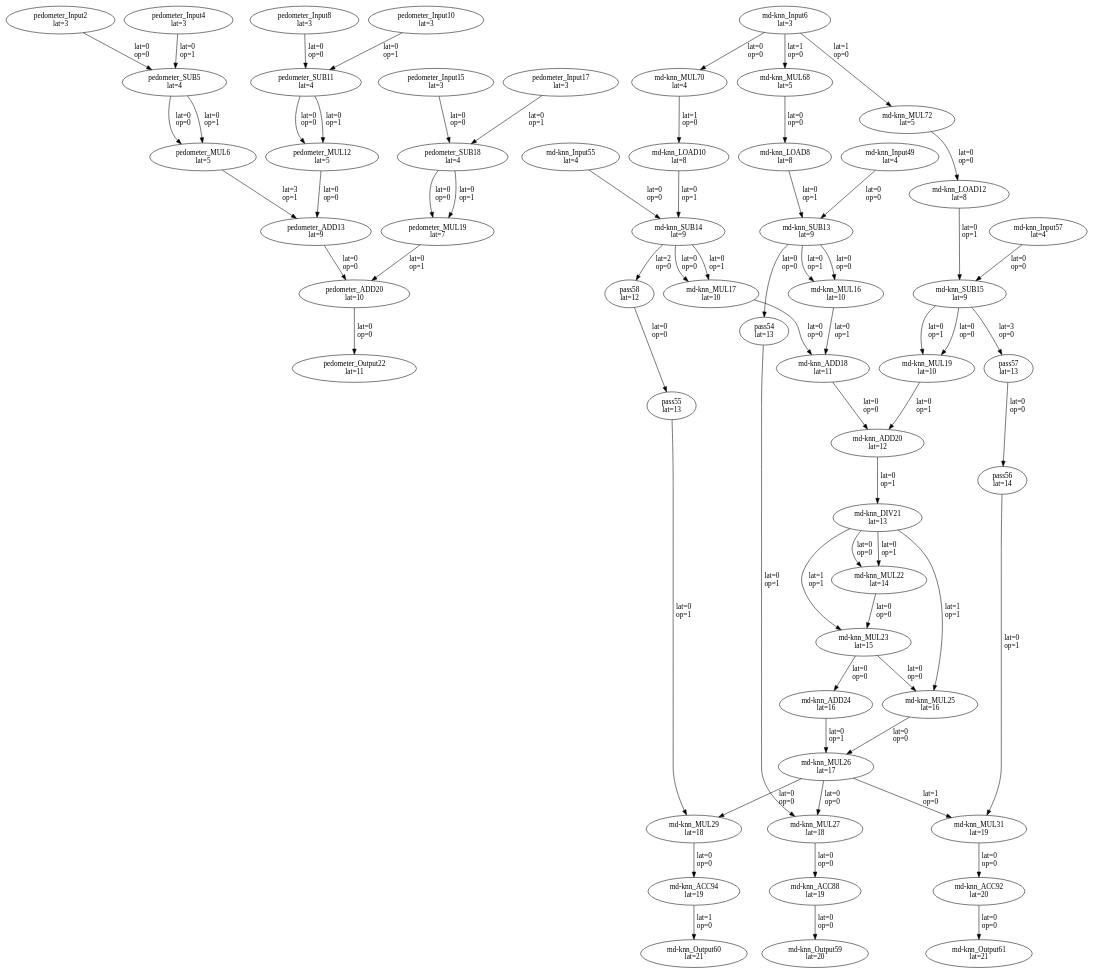
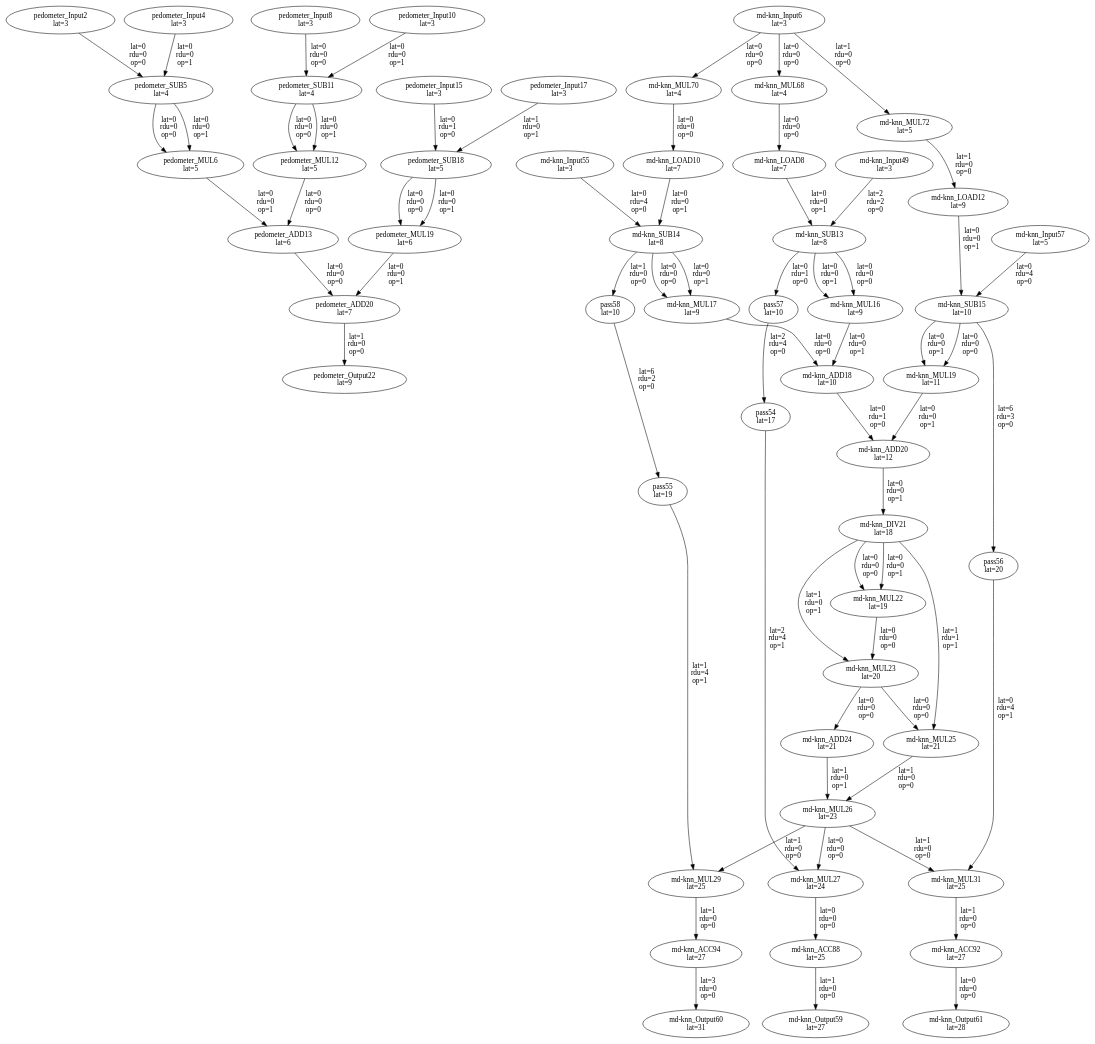
Before and after one commit to yhqiu16/FDRA: the diagram in benchmarks/test4/pedometermd-knn/mapped_dfg.dot, drawn with Graphviz. The commit also changed 253 other files, not shown here.

```diff
--- a/benchmarks/test4/pedometermd-knn/mapped_dfg.dot
+++ b/benchmarks/test4/pedometermd-knn/mapped_dfg.dot
@@ -1,121 +1,121 @@
 Digraph G {
 "pedometer_Input2"[label = "\N\nlat=3"];
 "pedometer_Input4"[label = "\N\nlat=3"];
 "pedometer_SUB5"[label = "\N\nlat=4"];
-"pedometer_Input2"->"pedometer_SUB5"[label = "lat=0\nop=0"];
-"pedometer_Input4"->"pedometer_SUB5"[label = "lat=0\nop=1"];
+"pedometer_Input2"->"pedometer_SUB5"[label = "lat=0\nrdu=0\nop=0"];
+"pedometer_Input4"->"pedometer_SUB5"[label = "lat=0\nrdu=0\nop=1"];
 "pedometer_MUL6"[label = "\N\nlat=5"];
-"pedometer_SUB5"->"pedometer_MUL6"[label = "lat=0\nop=0"];
-"pedometer_SUB5"->"pedometer_MUL6"[label = "lat=0\nop=1"];
+"pedometer_SUB5"->"pedometer_MUL6"[label = "lat=0\nrdu=0\nop=0"];
+"pedometer_SUB5"->"pedometer_MUL6"[label = "lat=0\nrdu=0\nop=1"];
 "pedometer_Input8"[label = "\N\nlat=3"];
 "pedometer_Input10"[label = "\N\nlat=3"];
 "pedometer_SUB11"[label = "\N\nlat=4"];
-"pedometer_Input8"->"pedometer_SUB11"[label = "lat=0\nop=0"];
-"pedometer_Input10"->"pedometer_SUB11"[label = "lat=0\nop=1"];
+"pedometer_Input8"->"pedometer_SUB11"[label = "lat=0\nrdu=0\nop=0"];
+"pedometer_Input10"->"pedometer_SUB11"[label = "lat=0\nrdu=0\nop=1"];
 "pedometer_MUL12"[label = "\N\nlat=5"];
-"pedometer_SUB11"->"pedometer_MUL12"[label = "lat=0\nop=0"];
-"pedometer_SUB11"->"pedometer_MUL12"[label = "lat=0\nop=1"];
-"pedometer_ADD13"[label = "\N\nlat=9"];
-"pedometer_MUL12"->"pedometer_ADD13"[label = "lat=0\nop=0"];
-"pedometer_MUL6"->"pedometer_ADD13"[label = "lat=3\nop=1"];
+"pedometer_SUB11"->"pedometer_MUL12"[label = "lat=0\nrdu=0\nop=0"];
+"pedometer_SUB11"->"pedometer_MUL12"[label = "lat=0\nrdu=0\nop=1"];
+"pedometer_ADD13"[label = "\N\nlat=6"];
+"pedometer_MUL12"->"pedometer_ADD13"[label = "lat=0\nrdu=0\nop=0"];
+"pedometer_MUL6"->"pedometer_ADD13"[label = "lat=0\nrdu=0\nop=1"];
 "pedometer_Input15"[label = "\N\nlat=3"];
 "pedometer_Input17"[label = "\N\nlat=3"];
-"pedometer_SUB18"[label = "\N\nlat=4"];
-"pedometer_Input15"->"pedometer_SUB18"[label = "lat=0\nop=0"];
-"pedometer_Input17"->"pedometer_SUB18"[label = "lat=0\nop=1"];
-"pedometer_MUL19"[label = "\N\nlat=7"];
-"pedometer_SUB18"->"pedometer_MUL19"[label = "lat=0\nop=0"];
-"pedometer_SUB18"->"pedometer_MUL19"[label = "lat=0\nop=1"];
-"pedometer_ADD20"[label = "\N\nlat=10"];
-"pedometer_ADD13"->"pedometer_ADD20"[label = "lat=0\nop=0"];
-"pedometer_MUL19"->"pedometer_ADD20"[label = "lat=0\nop=1"];
-"pedometer_Output22"[label = "\N\nlat=11"];
-"pedometer_ADD20"->"pedometer_Output22"[label = "lat=0\nop=0"];
+"pedometer_SUB18"[label = "\N\nlat=5"];
+"pedometer_Input15"->"pedometer_SUB18"[label = "lat=0\nrdu=1\nop=0"];
+"pedometer_Input17"->"pedometer_SUB18"[label = "lat=1\nrdu=0\nop=1"];
+"pedometer_MUL19"[label = "\N\nlat=6"];
+"pedometer_SUB18"->"pedometer_MUL19"[label = "lat=0\nrdu=0\nop=0"];
+"pedometer_SUB18"->"pedometer_MUL19"[label = "lat=0\nrdu=0\nop=1"];
+"pedometer_ADD20"[label = "\N\nlat=7"];
+"pedometer_ADD13"->"pedometer_ADD20"[label = "lat=0\nrdu=0\nop=0"];
+"pedometer_MUL19"->"pedometer_ADD20"[label = "lat=0\nrdu=0\nop=1"];
+"pedometer_Output22"[label = "\N\nlat=9"];
+"pedometer_ADD20"->"pedometer_Output22"[label = "lat=1\nrdu=0\nop=0"];
 "md-knn_Input6"[label = "\N\nlat=3"];
-"md-knn_LOAD8"[label = "\N\nlat=8"];
-"md-knn_MUL68"->"md-knn_LOAD8"[label = "lat=0\nop=0"];
-"md-knn_LOAD10"[label = "\N\nlat=8"];
-"md-knn_MUL70"->"md-knn_LOAD10"[label = "lat=1\nop=0"];
-"md-knn_LOAD12"[label = "\N\nlat=8"];
-"md-knn_MUL72"->"md-knn_LOAD12"[label = "lat=0\nop=0"];
-"md-knn_SUB13"[label = "\N\nlat=9"];
-"md-knn_Input49"->"md-knn_SUB13"[label = "lat=0\nop=0"];
-"md-knn_LOAD8"->"md-knn_SUB13"[label = "lat=0\nop=1"];
-"md-knn_SUB14"[label = "\N\nlat=9"];
-"md-knn_Input55"->"md-knn_SUB14"[label = "lat=0\nop=0"];
-"md-knn_LOAD10"->"md-knn_SUB14"[label = "lat=0\nop=1"];
-"md-knn_SUB15"[label = "\N\nlat=9"];
-"md-knn_Input57"->"md-knn_SUB15"[label = "lat=0\nop=0"];
-"md-knn_LOAD12"->"md-knn_SUB15"[label = "lat=0\nop=1"];
-"md-knn_MUL16"[label = "\N\nlat=10"];
-"md-knn_SUB13"->"md-knn_MUL16"[label = "lat=0\nop=0"];
-"md-knn_SUB13"->"md-knn_MUL16"[label = "lat=0\nop=1"];
-"md-knn_MUL17"[label = "\N\nlat=10"];
-"md-knn_SUB14"->"md-knn_MUL17"[label = "lat=0\nop=0"];
-"md-knn_SUB14"->"md-knn_MUL17"[label = "lat=0\nop=1"];
-"md-knn_ADD18"[label = "\N\nlat=11"];
-"md-knn_MUL17"->"md-knn_ADD18"[label = "lat=0\nop=0"];
-"md-knn_MUL16"->"md-knn_ADD18"[label = "lat=0\nop=1"];
-"md-knn_MUL19"[label = "\N\nlat=10"];
-"md-knn_SUB15"->"md-knn_MUL19"[label = "lat=0\nop=0"];
-"md-knn_SUB15"->"md-knn_MUL19"[label = "lat=0\nop=1"];
+"md-knn_LOAD8"[label = "\N\nlat=7"];
+"md-knn_MUL68"->"md-knn_LOAD8"[label = "lat=0\nrdu=0\nop=0"];
+"md-knn_LOAD10"[label = "\N\nlat=7"];
+"md-knn_MUL70"->"md-knn_LOAD10"[label = "lat=0\nrdu=0\nop=0"];
+"md-knn_LOAD12"[label = "\N\nlat=9"];
+"md-knn_MUL72"->"md-knn_LOAD12"[label = "lat=1\nrdu=0\nop=0"];
+"md-knn_SUB13"[label = "\N\nlat=8"];
+"md-knn_Input49"->"md-knn_SUB13"[label = "lat=2\nrdu=2\nop=0"];
+"md-knn_LOAD8"->"md-knn_SUB13"[label = "lat=0\nrdu=0\nop=1"];
+"md-knn_SUB14"[label = "\N\nlat=8"];
+"md-knn_Input55"->"md-knn_SUB14"[label = "lat=0\nrdu=4\nop=0"];
+"md-knn_LOAD10"->"md-knn_SUB14"[label = "lat=0\nrdu=0\nop=1"];
+"md-knn_SUB15"[label = "\N\nlat=10"];
+"md-knn_Input57"->"md-knn_SUB15"[label = "lat=0\nrdu=4\nop=0"];
+"md-knn_LOAD12"->"md-knn_SUB15"[label = "lat=0\nrdu=0\nop=1"];
+"md-knn_MUL16"[label = "\N\nlat=9"];
+"md-knn_SUB13"->"md-knn_MUL16"[label = "lat=0\nrdu=0\nop=0"];
+"md-knn_SUB13"->"md-knn_MUL16"[label = "lat=0\nrdu=0\nop=1"];
+"md-knn_MUL17"[label = "\N\nlat=9"];
+"md-knn_SUB14"->"md-knn_MUL17"[label = "lat=0\nrdu=0\nop=0"];
+"md-knn_SUB14"->"md-knn_MUL17"[label = "lat=0\nrdu=0\nop=1"];
+"md-knn_ADD18"[label = "\N\nlat=10"];
+"md-knn_MUL17"->"md-knn_ADD18"[label = "lat=0\nrdu=0\nop=0"];
+"md-knn_MUL16"->"md-knn_ADD18"[label = "lat=0\nrdu=0\nop=1"];
+"md-knn_MUL19"[label = "\N\nlat=11"];
+"md-knn_SUB15"->"md-knn_MUL19"[label = "lat=0\nrdu=0\nop=0"];
+"md-knn_SUB15"->"md-knn_MUL19"[label = "lat=0\nrdu=0\nop=1"];
 "md-knn_ADD20"[label = "\N\nlat=12"];
-"md-knn_ADD18"->"md-knn_ADD20"[label = "lat=0\nop=0"];
-"md-knn_MUL19"->"md-knn_ADD20"[label = "lat=0\nop=1"];
-"md-knn_DIV21"[label = "\N\nlat=13"];
-"md-knn_ADD20"->"md-knn_DIV21"[label = "lat=0\nop=1"];
-"md-knn_MUL22"[label = "\N\nlat=14"];
-"md-knn_DIV21"->"md-knn_MUL22"[label = "lat=0\nop=0"];
-"md-knn_DIV21"->"md-knn_MUL22"[label = "lat=0\nop=1"];
-"md-knn_MUL23"[label = "\N\nlat=15"];
-"md-knn_MUL22"->"md-knn_MUL23"[label = "lat=0\nop=0"];
-"md-knn_DIV21"->"md-knn_MUL23"[label = "lat=1\nop=1"];
-"md-knn_ADD24"[label = "\N\nlat=16"];
-"md-knn_MUL23"->"md-knn_ADD24"[label = "lat=0\nop=0"];
-"md-knn_MUL25"[label = "\N\nlat=16"];
-"md-knn_MUL23"->"md-knn_MUL25"[label = "lat=0\nop=0"];
-"md-knn_DIV21"->"md-knn_MUL25"[label = "lat=1\nop=1"];
-"md-knn_MUL26"[label = "\N\nlat=17"];
-"md-knn_MUL25"->"md-knn_MUL26"[label = "lat=0\nop=0"];
-"md-knn_ADD24"->"md-knn_MUL26"[label = "lat=0\nop=1"];
-"md-knn_MUL27"[label = "\N\nlat=18"];
-"md-knn_MUL26"->"md-knn_MUL27"[label = "lat=0\nop=0"];
-"pass54"->"md-knn_MUL27"[label = "lat=0\nop=1"];
-"md-knn_MUL29"[label = "\N\nlat=18"];
-"md-knn_MUL26"->"md-knn_MUL29"[label = "lat=0\nop=0"];
-"pass55"->"md-knn_MUL29"[label = "lat=0\nop=1"];
-"md-knn_MUL31"[label = "\N\nlat=19"];
-"md-knn_MUL26"->"md-knn_MUL31"[label = "lat=1\nop=0"];
-"pass56"->"md-knn_MUL31"[label = "lat=0\nop=1"];
-"md-knn_Input49"[label = "\N\nlat=4"];
-"md-knn_Input55"[label = "\N\nlat=4"];
-"md-knn_Input57"[label = "\N\nlat=4"];
-"md-knn_Output59"[label = "\N\nlat=20"];
-"md-knn_ACC88"->"md-knn_Output59"[label = "lat=0\nop=0"];
-"md-knn_Output60"[label = "\N\nlat=21"];
-"md-knn_ACC94"->"md-knn_Output60"[label = "lat=1\nop=0"];
-"md-knn_Output61"[label = "\N\nlat=21"];
-"md-knn_ACC92"->"md-knn_Output61"[label = "lat=0\nop=0"];
-"md-knn_MUL68"[label = "\N\nlat=5"];
-"md-knn_Input6"->"md-knn_MUL68"[label = "lat=1\nop=0"];
+"md-knn_ADD18"->"md-knn_ADD20"[label = "lat=0\nrdu=1\nop=0"];
+"md-knn_MUL19"->"md-knn_ADD20"[label = "lat=0\nrdu=0\nop=1"];
+"md-knn_DIV21"[label = "\N\nlat=18"];
+"md-knn_ADD20"->"md-knn_DIV21"[label = "lat=0\nrdu=0\nop=1"];
+"md-knn_MUL22"[label = "\N\nlat=19"];
+"md-knn_DIV21"->"md-knn_MUL22"[label = "lat=0\nrdu=0\nop=0"];
+"md-knn_DIV21"->"md-knn_MUL22"[label = "lat=0\nrdu=0\nop=1"];
+"md-knn_MUL23"[label = "\N\nlat=20"];
+"md-knn_MUL22"->"md-knn_MUL23"[label = "lat=0\nrdu=0\nop=0"];
+"md-knn_DIV21"->"md-knn_MUL23"[label = "lat=1\nrdu=0\nop=1"];
+"md-knn_ADD24"[label = "\N\nlat=21"];
+"md-knn_MUL23"->"md-knn_ADD24"[label = "lat=0\nrdu=0\nop=0"];
+"md-knn_MUL25"[label = "\N\nlat=21"];
+"md-knn_MUL23"->"md-knn_MUL25"[label = "lat=0\nrdu=0\nop=0"];
+"md-knn_DIV21"->"md-knn_MUL25"[label = "lat=1\nrdu=1\nop=1"];
+"md-knn_MUL26"[label = "\N\nlat=23"];
+"md-knn_MUL25"->"md-knn_MUL26"[label = "lat=1\nrdu=0\nop=0"];
+"md-knn_ADD24"->"md-knn_MUL26"[label = "lat=1\nrdu=0\nop=1"];
+"md-knn_MUL27"[label = "\N\nlat=24"];
+"md-knn_MUL26"->"md-knn_MUL27"[label = "lat=0\nrdu=0\nop=0"];
+"pass54"->"md-knn_MUL27"[label = "lat=2\nrdu=4\nop=1"];
+"md-knn_MUL29"[label = "\N\nlat=25"];
+"md-knn_MUL26"->"md-knn_MUL29"[label = "lat=1\nrdu=0\nop=0"];
+"pass55"->"md-knn_MUL29"[label = "lat=1\nrdu=4\nop=1"];
+"md-knn_MUL31"[label = "\N\nlat=25"];
+"md-knn_MUL26"->"md-knn_MUL31"[label = "lat=1\nrdu=0\nop=0"];
+"pass56"->"md-knn_MUL31"[label = "lat=0\nrdu=4\nop=1"];
+"md-knn_Input49"[label = "\N\nlat=3"];
+"md-knn_Input55"[label = "\N\nlat=3"];
+"md-knn_Input57"[label = "\N\nlat=5"];
+"md-knn_Output59"[label = "\N\nlat=27"];
+"md-knn_ACC88"->"md-knn_Output59"[label = "lat=1\nrdu=0\nop=0"];
+"md-knn_Output60"[label = "\N\nlat=31"];
+"md-knn_ACC94"->"md-knn_Output60"[label = "lat=3\nrdu=0\nop=0"];
+"md-knn_Output61"[label = "\N\nlat=28"];
+"md-knn_ACC92"->"md-knn_Output61"[label = "lat=0\nrdu=0\nop=0"];
+"md-knn_MUL68"[label = "\N\nlat=4"];
+"md-knn_Input6"->"md-knn_MUL68"[label = "lat=0\nrdu=0\nop=0"];
 "md-knn_MUL70"[label = "\N\nlat=4"];
-"md-knn_Input6"->"md-knn_MUL70"[label = "lat=0\nop=0"];
+"md-knn_Input6"->"md-knn_MUL70"[label = "lat=0\nrdu=0\nop=0"];
 "md-knn_MUL72"[label = "\N\nlat=5"];
-"md-knn_Input6"->"md-knn_MUL72"[label = "lat=1\nop=0"];
-"md-knn_ACC88"[label = "\N\nlat=19"];
-"md-knn_MUL27"->"md-knn_ACC88"[label = "lat=0\nop=0"];
-"md-knn_ACC92"[label = "\N\nlat=20"];
-"md-knn_MUL31"->"md-knn_ACC92"[label = "lat=0\nop=0"];
-"md-knn_ACC94"[label = "\N\nlat=19"];
-"md-knn_MUL29"->"md-knn_ACC94"[label = "lat=0\nop=0"];
-"pass54"[label = "\N\nlat=13"];
-"md-knn_SUB13"->"pass54"[label = "lat=0\nop=0"];
-"pass55"[label = "\N\nlat=13"];
-"pass58"->"pass55"[label = "lat=0\nop=0"];
-"pass56"[label = "\N\nlat=14"];
-"pass57"->"pass56"[label = "lat=0\nop=0"];
-"pass57"[label = "\N\nlat=13"];
-"md-knn_SUB15"->"pass57"[label = "lat=3\nop=0"];
-"pass58"[label = "\N\nlat=12"];
-"md-knn_SUB14"->"pass58"[label = "lat=2\nop=0"];
+"md-knn_Input6"->"md-knn_MUL72"[label = "lat=1\nrdu=0\nop=0"];
+"md-knn_ACC88"[label = "\N\nlat=25"];
+"md-knn_MUL27"->"md-knn_ACC88"[label = "lat=0\nrdu=0\nop=0"];
+"md-knn_ACC92"[label = "\N\nlat=27"];
+"md-knn_MUL31"->"md-knn_ACC92"[label = "lat=1\nrdu=0\nop=0"];
+"md-knn_ACC94"[label = "\N\nlat=27"];
+"md-knn_MUL29"->"md-knn_ACC94"[label = "lat=1\nrdu=0\nop=0"];
+"pass54"[label = "\N\nlat=17"];
+"pass57"->"pass54"[label = "lat=2\nrdu=4\nop=0"];
+"pass55"[label = "\N\nlat=19"];
+"pass58"->"pass55"[label = "lat=6\nrdu=2\nop=0"];
+"pass56"[label = "\N\nlat=20"];
+"md-knn_SUB15"->"pass56"[label = "lat=6\nrdu=3\nop=0"];
+"pass57"[label = "\N\nlat=10"];
+"md-knn_SUB13"->"pass57"[label = "lat=0\nrdu=1\nop=0"];
+"pass58"[label = "\N\nlat=10"];
+"md-knn_SUB14"->"pass58"[label = "lat=1\nrdu=0\nop=0"];
 }
```
